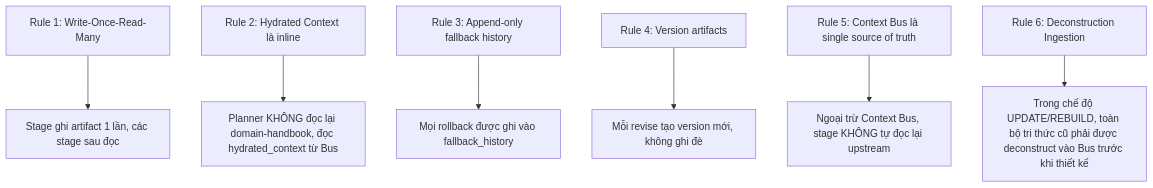
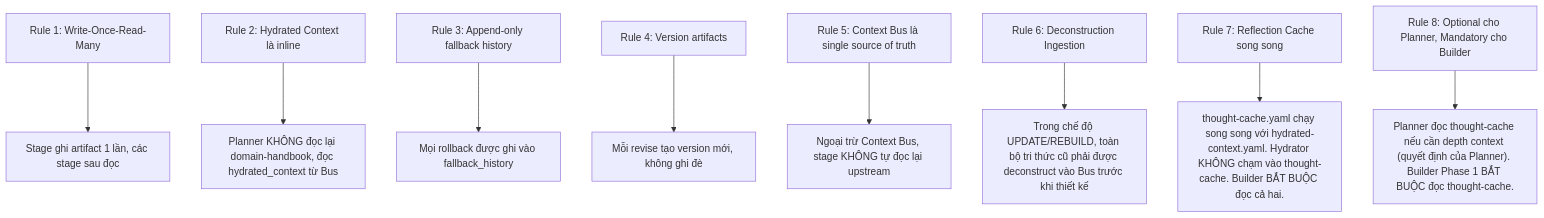
Before and after one commit to vuthuonghai-steve/WASHVN: the first of 2 diagrams in Temps/clean/protocols-and-state-spec.md, drawn with Mermaid. The commit also changed other lines of this file and 8 other files, not shown here.

````diff
--- a/Temps/clean/protocols-and-state-spec.md
+++ b/Temps/clean/protocols-and-state-spec.md
@@ -93,9 +96,11 @@
 ```mermaid
 graph TD
     R1["Rule 1: Write-Once-Read-Many"] --> E1["Stage ghi artifact 1 lần, các stage sau đọc"]
     R2["Rule 2: Hydrated Context là inline"] --> E2["Planner KHÔNG đọc lại domain-handbook, đọc hydrated_context từ Bus"]
     R3["Rule 3: Append-only fallback history"] --> E3["Mọi rollback được ghi vào fallback_history"]
     R4["Rule 4: Version artifacts"] --> E4["Mỗi revise tạo version mới, không ghi đè"]
     R5["Rule 5: Context Bus là single source of truth"] --> E5["Ngoại trừ Context Bus, stage KHÔNG tự đọc lại upstream"]
     R6["Rule 6: Deconstruction Ingestion"] --> E6["Trong chế độ UPDATE/REBUILD, toàn bộ tri thức cũ phải được deconstruct vào Bus trước khi thiết kế"]
+    R7["Rule 7: Reflection Cache song song"] --> E7["thought-cache.yaml chạy song song với hydrated-context.yaml. Hydrator KHÔNG chạm vào thought-cache. Builder BẮT BUỘC đọc cả hai."]
+    R8["Rule 8: Optional cho Planner, Mandatory cho Builder"] --> E8["Planner đọc thought-cache nếu cần depth context (quyết định của Planner). Builder Phase 1 BẮT BUỘC đọc thought-cache."]
 ```
````
